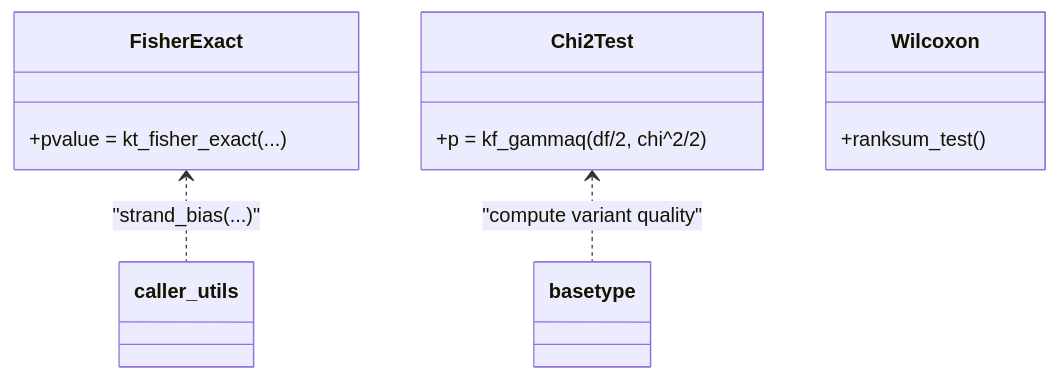
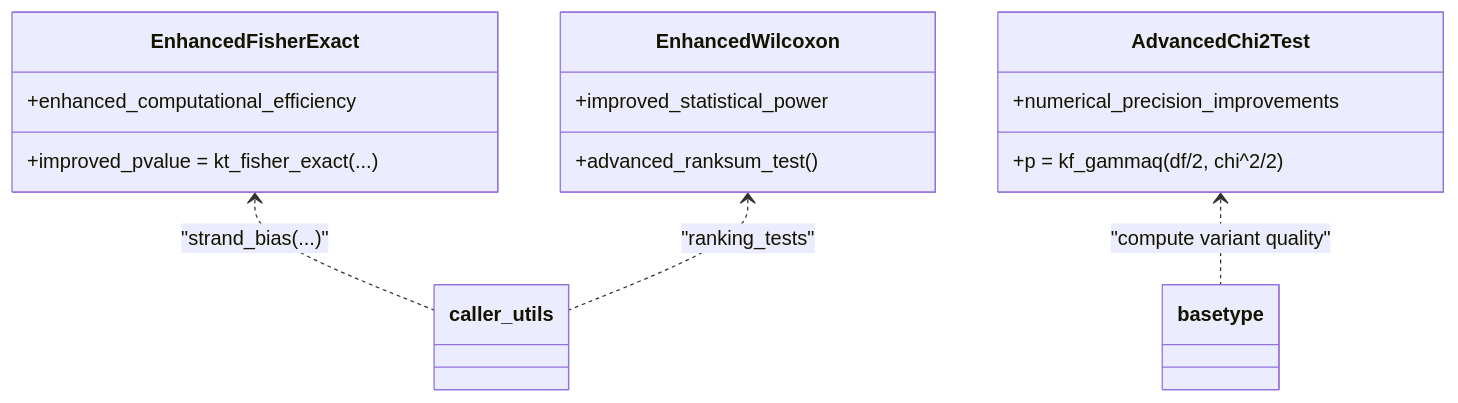
One commit to ShujiaHuang/BaseVar2 changed the sixth of 8 diagrams in .qoder/repowiki/en/content/Core Algorithm Architecture/Core Algorithm Architecture.md. Above: the diagram before and after it, drawn with Mermaid. The commit also changed other lines of this file and 6 other files, not shown here.

````diff
--- a/.qoder/repowiki/en/content/Core Algorithm Architecture/Core Algorithm Architecture.md
+++ b/.qoder/repowiki/en/content/Core Algorithm Architecture/Core Algorithm Architecture.md
@@ -201,14 +209,18 @@
 ```mermaid
 classDiagram
-class FisherExact {
-+pvalue = kt_fisher_exact(...)
+class EnhancedFisherExact {
++improved_pvalue = kt_fisher_exact(...)
++enhanced_computational_efficiency
 }
-class Chi2Test {
+class AdvancedChi2Test {
 +p = kf_gammaq(df/2, chi^2/2)
++numerical_precision_improvements
 }
-class Wilcoxon {
-+ranksum_test()
+class EnhancedWilcoxon {
++advanced_ranksum_test()
++improved_statistical_power
 }
-FisherExact <.. caller_utils : "strand_bias(...)"
-Chi2Test <.. basetype : "compute variant quality"
+EnhancedFisherExact <.. caller_utils : "strand_bias(...)"
+AdvancedChi2Test <.. basetype : "compute variant quality"
+EnhancedWilcoxon <.. caller_utils : "ranking_tests"
 ```
````
